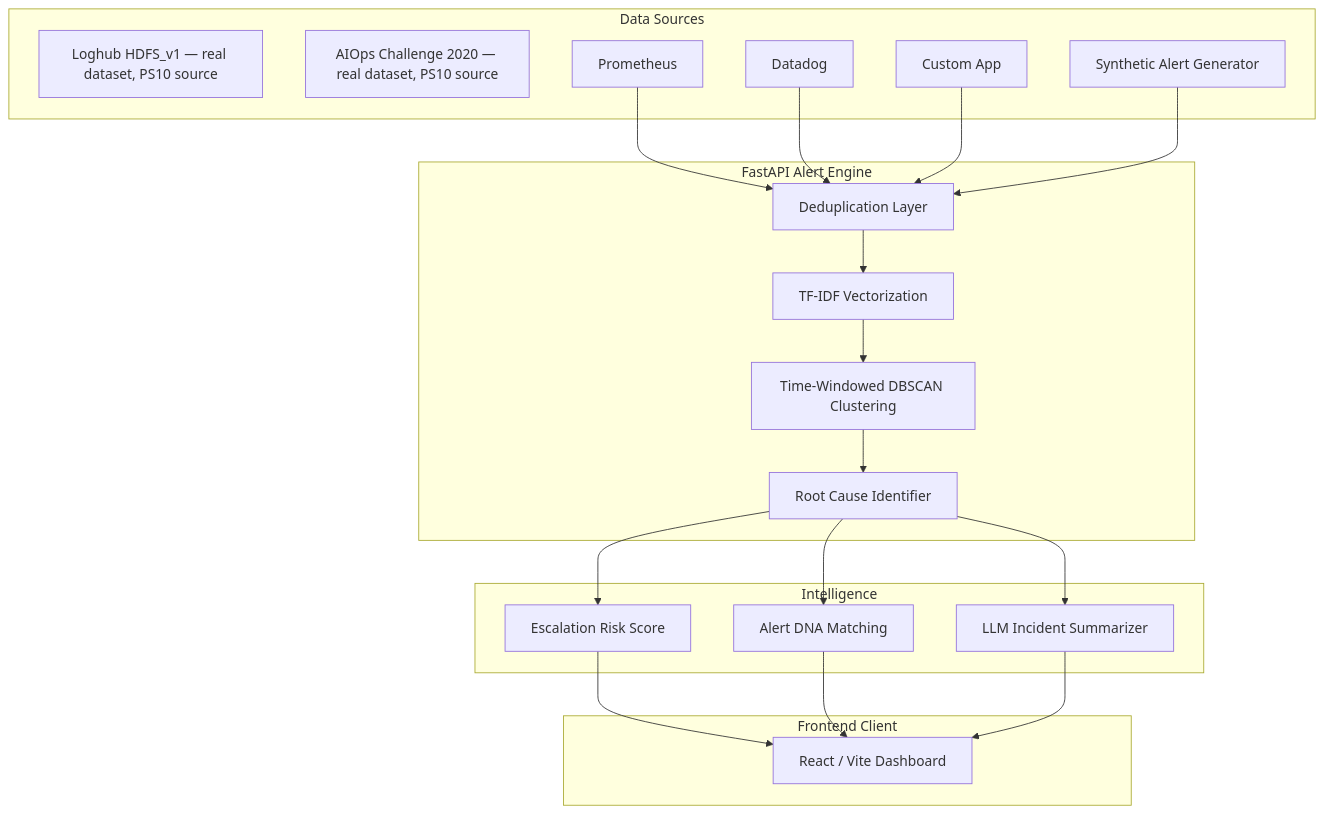
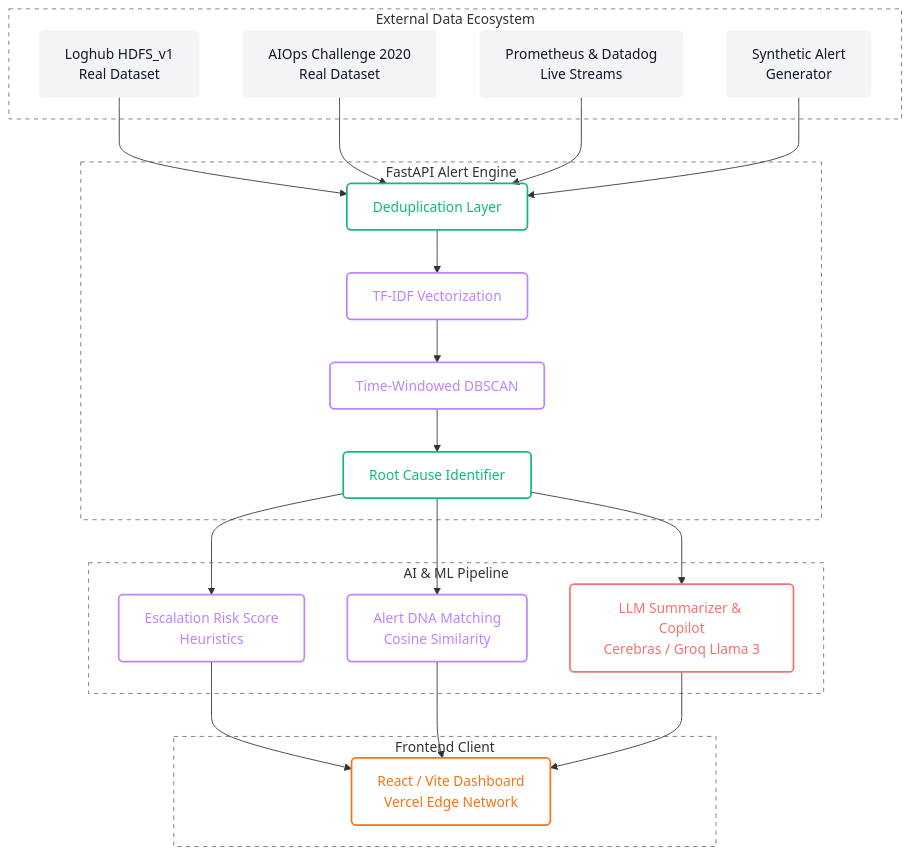
One commit to Aditya0105singh/HPE--HACKATHON-ALERT-CORRELATION-DEDUPLICATION changed the diagram in README.md. Above: the diagram before and after it, drawn with Mermaid.

Commit message:
docs: modernize architecture diagram styling

````diff
--- a/README.md
+++ b/README.md
@@ -31,45 +31,56 @@
 ```mermaid
 graph TD
-    subgraph Data Sources
-        Loghub[Loghub HDFS_v1 — real dataset, PS10 source]
-        AIOps[AIOps Challenge 2020 — real dataset, PS10 source]
-        Prometheus[Prometheus]
-        Datadog[Datadog]
-        CustomApp[Custom App]
-        Gen[Synthetic Alert Generator]
+    %% Hollow Neon Styling Definitions
+    classDef frontend fill:none,stroke:#f97316,stroke-width:2px,color:#f97316,rx:5,ry:5
+    classDef backend fill:none,stroke:#10b981,stroke-width:2px,color:#10b981,rx:5,ry:5
+    classDef ml fill:none,stroke:#c084fc,stroke-width:2px,color:#c084fc,rx:5,ry:5
+    classDef ai fill:none,stroke:#f87171,stroke-width:2px,color:#f87171,rx:5,ry:5
+    classDef external fill:#f3f4f6,stroke:none,color:#111827,rx:5,ry:5
+
+    subgraph Data [External Data Ecosystem]
+        Loghub[Loghub HDFS_v1<br>Real Dataset]:::external
+        AIOps[AIOps Challenge 2020<br>Real Dataset]:::external
+        Prometheus[Prometheus & Datadog<br>Live Streams]:::external
+        Gen[Synthetic Alert<br>Generator]:::external
     end
 
-    subgraph Backend Engine [FastAPI Alert Engine]
-        Dedup[Deduplication Layer]
-        Embed[TF-IDF Vectorization]
-        Cluster[Time-Windowed DBSCAN Clustering]
-        RootCause[Root Cause Identifier]
+    subgraph Backend [FastAPI Alert Engine]
+        Dedup[Deduplication Layer]:::backend
+        Embed[TF-IDF Vectorization]:::ml
+        Cluster[Time-Windowed DBSCAN]:::ml
+        RootCause[Root Cause Identifier]:::backend
 
         Dedup --> Embed
         Embed --> Cluster
         Cluster --> RootCause
     end
 
-    subgraph Intelligence
-        RiskScore[Escalation Risk Score]
-        DNA[Alert DNA Matching]
-        Summarizer[LLM Incident Summarizer]
+    subgraph Intelligence [AI & ML Pipeline]
+        RiskScore[Escalation Risk Score<br>Heuristics]:::ml
+        DNA[Alert DNA Matching<br>Cosine Similarity]:::ml
+        Summarizer[LLM Summarizer & Copilot<br>Cerebras / Groq Llama 3]:::ai
     end
 
-    subgraph Frontend Client
-        Dashboard[React / Vite Dashboard]
+    subgraph Frontend [Frontend Client]
+        Dashboard[React / Vite Dashboard<br>Vercel Edge Network]:::frontend
     end
 
+    Loghub --> Dedup
+    AIOps --> Dedup
     Prometheus --> Dedup
-    Datadog --> Dedup
-    CustomApp --> Dedup
     Gen --> Dedup
 
     RootCause --> RiskScore
     RootCause --> DNA
     RootCause --> Summarizer
 
     RiskScore --> Dashboard
     DNA --> Dashboard
     Summarizer --> Dashboard
+
+    %% Subgraph Styling
+    style Data fill:none,stroke:#6b7280,stroke-width:1px,stroke-dasharray: 5 5
+    style Backend fill:none,stroke:#6b7280,stroke-width:1px,stroke-dasharray: 5 5
+    style Intelligence fill:none,stroke:#6b7280,stroke-width:1px,stroke-dasharray: 5 5
+    style Frontend fill:none,stroke:#6b7280,stroke-width:1px,stroke-dasharray: 5 5
 ```
````
